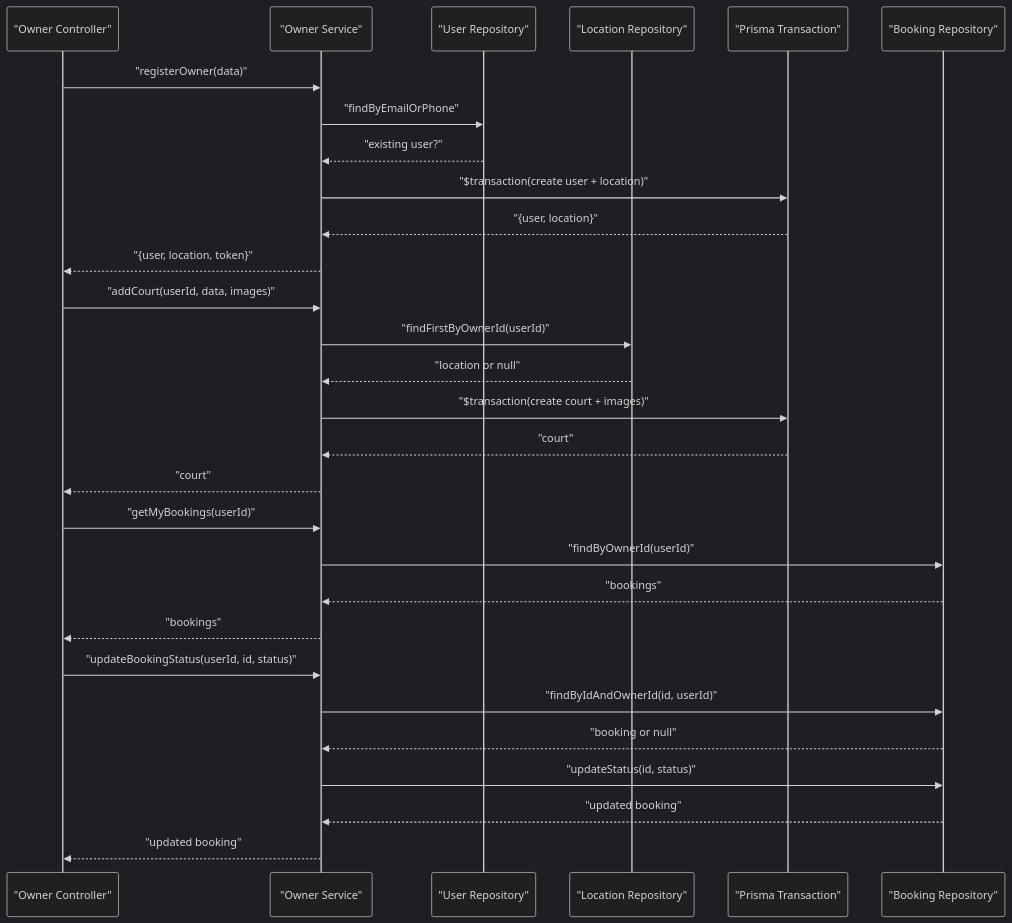
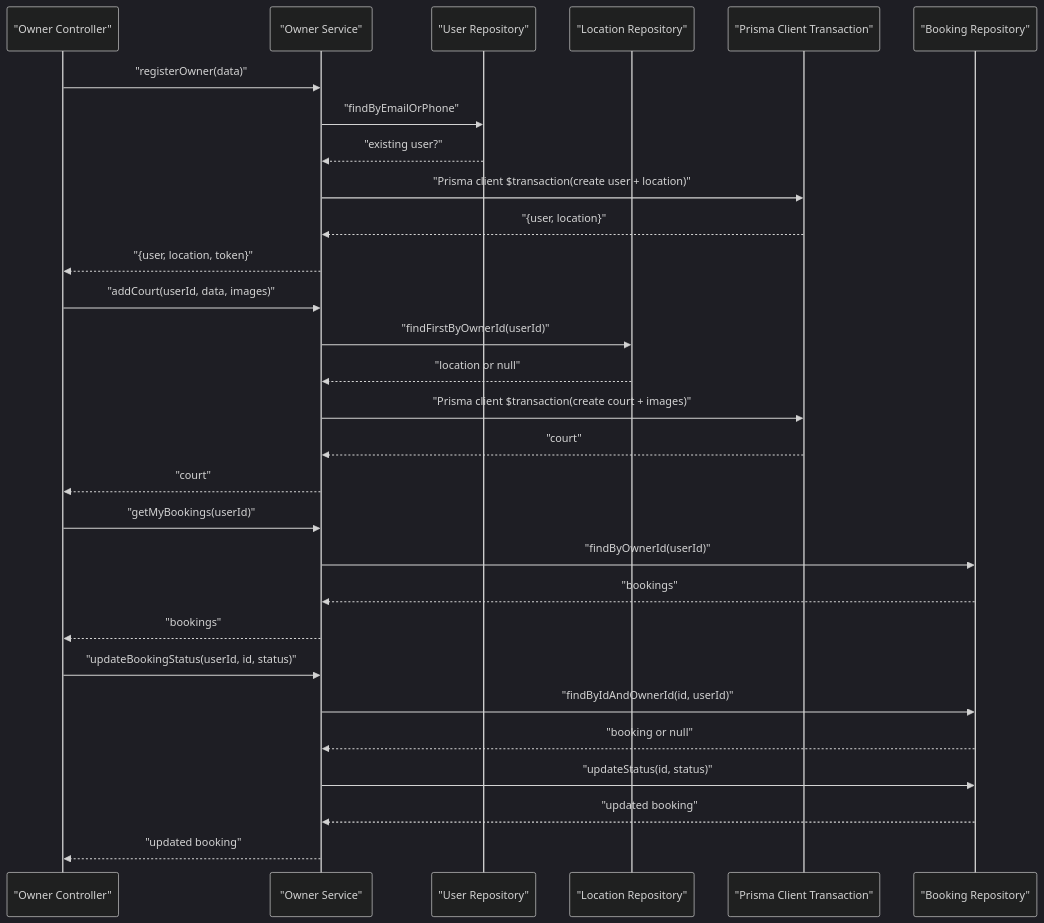
Before and after one commit to nguyencongtrung2001/Do-An: the sixth of 8 diagrams in .qoder/repowiki/en/content/Backend Architecture/Service Layer.md, drawn with Mermaid (dark theme). The commit also changed other lines of this file and 12 other files, not shown here.

````diff
--- a/.qoder/repowiki/en/content/Backend Architecture/Service Layer.md
+++ b/.qoder/repowiki/en/content/Backend Architecture/Service Layer.md
@@ -304,31 +316,31 @@
 ```mermaid
 sequenceDiagram
 participant C as "Owner Controller"
 participant S as "Owner Service"
 participant U as "User Repository"
 participant L as "Location Repository"
-participant T as "Prisma Transaction"
+participant T as "Prisma Client Transaction"
 participant B as "Booking Repository"
 C->>S : "registerOwner(data)"
 S->>U : "findByEmailOrPhone"
 U-->>S : "existing user?"
-S->>T : "$transaction(create user + location)"
+S->>T : "Prisma client $transaction(create user + location)"
 T-->>S : "{user, location}"
 S-->>C : "{user, location, token}"
 C->>S : "addCourt(userId, data, images)"
 S->>L : "findFirstByOwnerId(userId)"
 L-->>S : "location or null"
-S->>T : "$transaction(create court + images)"
+S->>T : "Prisma client $transaction(create court + images)"
 T-->>S : "court"
 S-->>C : "court"
 C->>S : "getMyBookings(userId)"
 S->>B : "findByOwnerId(userId)"
 B-->>S : "bookings"
 S-->>C : "bookings"
 C->>S : "updateBookingStatus(userId, id, status)"
 S->>B : "findByIdAndOwnerId(id, userId)"
 B-->>S : "booking or null"
 S->>B : "updateStatus(id, status)"
 B-->>S : "updated booking"
 S-->>C : "updated booking"
 ```
````
